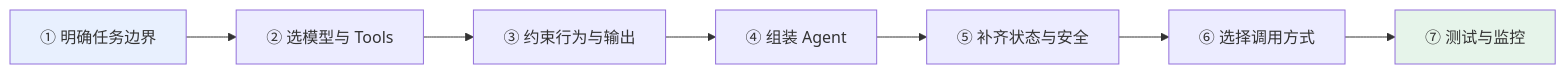
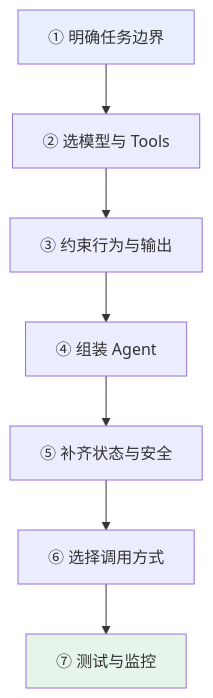
Before and after one commit to oneleaveknowsthefall/awesome-ai-roadmap: the first of 3 diagrams in docs/frameworks/01-langchain/02-agent-building/04-build-agent.md, drawn with Mermaid. The commit also changed other lines of this file and 27 other files, not shown here.

````diff
--- a/docs/frameworks/01-langchain/02-agent-building/04-build-agent.md
+++ b/docs/frameworks/01-langchain/02-agent-building/04-build-agent.md
@@ -19,7 +19,7 @@
 ```mermaid
-flowchart LR
+flowchart TB
     S1["① 明确任务边界"] --> S2["② 选模型与 Tools"] --> S3["③ 约束行为与输出"] --> S4["④ 组装 Agent"] --> S5["⑤ 补齐状态与安全"] --> S6["⑥ 选择调用方式"] --> S7["⑦ 测试与监控"]
 
     style S1 fill:#e8f0fe
     style S7 fill:#e6f4ea
 ```
````
